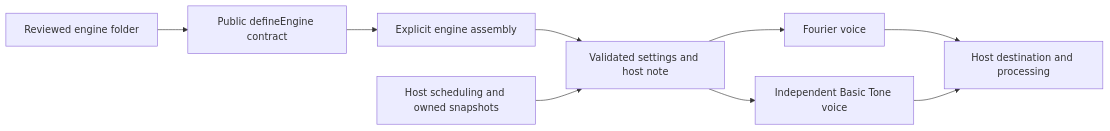
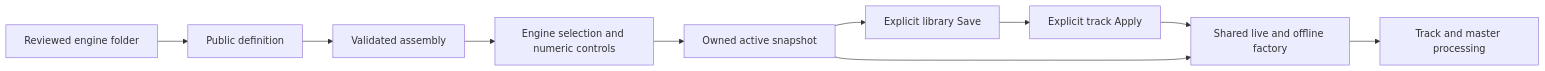
Before and after one commit to Monykus7/FourPataka: the first of 3 diagrams in docs/extensions/ENGINE_FOUNDATION.md, drawn with Mermaid. The commit also changed other lines of this file and 10 other files, not shown here.

Commit message:
docs(engines): document schema4 contributors and cross-engine lifecycle

````diff
--- a/docs/extensions/ENGINE_FOUNDATION.md
+++ b/docs/extensions/ENGINE_FOUNDATION.md
@@ -48,11 +27,12 @@
 ```mermaid
 flowchart LR
-    Folder[Reviewed engine folder] --> API[Public defineEngine contract]
-    API --> Assembly[Explicit engine assembly]
-    Assembly --> Factory[Validated settings and host note]
-    Factory --> Fourier[Fourier voice]
-    Factory --> Tone[Independent Basic Tone voice]
-    Host[Host scheduling and owned snapshots] --> Factory
-    Fourier --> Destination[Host destination and processing]
-    Tone --> Destination
+    Module[Reviewed engine folder] --> API[Public definition]
+    API --> Registry[Validated assembly]
+    Registry --> Selector[Engine selection and numeric controls]
+    Selector --> Snapshot[Owned active snapshot]
+    Snapshot --> Save[Explicit library Save]
+    Save --> Apply[Explicit track Apply]
+    Apply --> Factory[Shared live and offline factory]
+    Snapshot --> Factory
+    Factory --> Output[Track and master processing]
 ```
````
